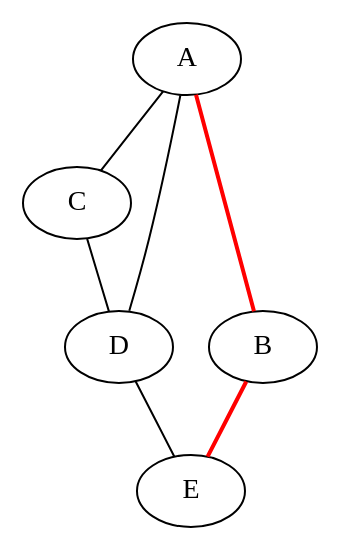
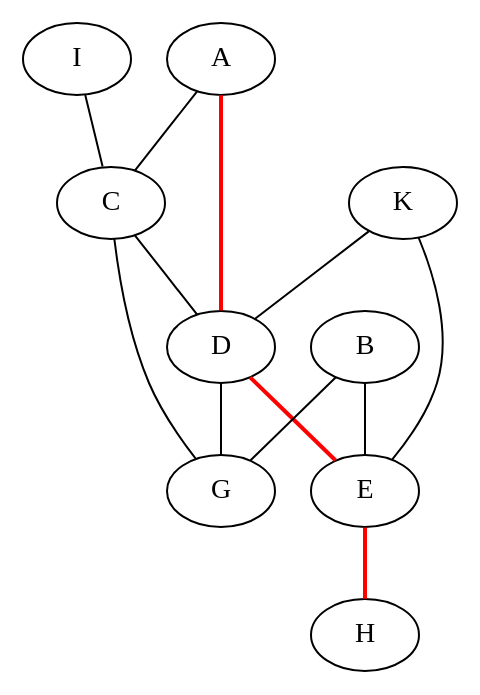
Before and after one commit to davigledson/graph_studies: the diagram in q2_32_distancia_entre_dois_nos.dot, drawn with Graphviz. The commit also changed 144 other files, not shown here.

```diff
--- a/q2_32_distancia_entre_dois_nos.dot
+++ b/q2_32_distancia_entre_dois_nos.dot
@@ -1,11 +1,21 @@
 graph G {
   
     A -- C;
     C -- D;
-    D -- E;
-    A -- D;
+   
+    D -- G;
+    G -- C;
+    K -- E;
+    K -- D;
+    I -- C;
+   
+    B -- E ;
+    B -- G;
 
-    // Destacando o caminho mais curto de A para E
-    A -- B [color=red, penwidth=2];
-    B -- E [color=red, penwidth=2];
+    // Destacando a distancia de A para H
+    E -- H [color=red, penwidth=2];
+    D -- E [color=red, penwidth=2];
+    A -- D [color=red, penwidth=2];
+    
+   
 }
```
